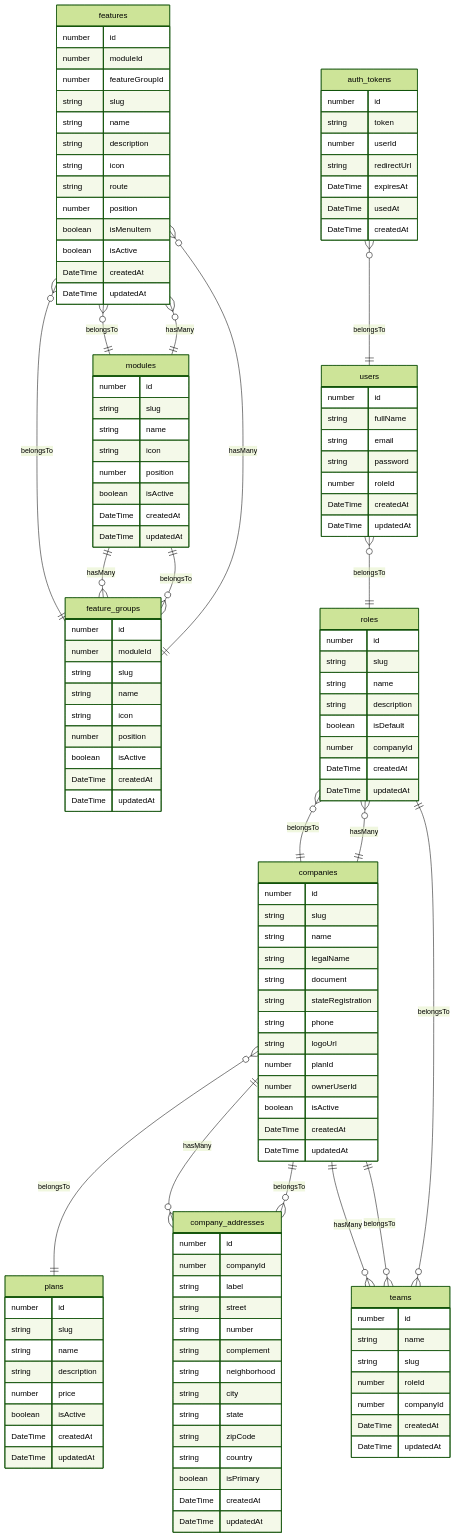
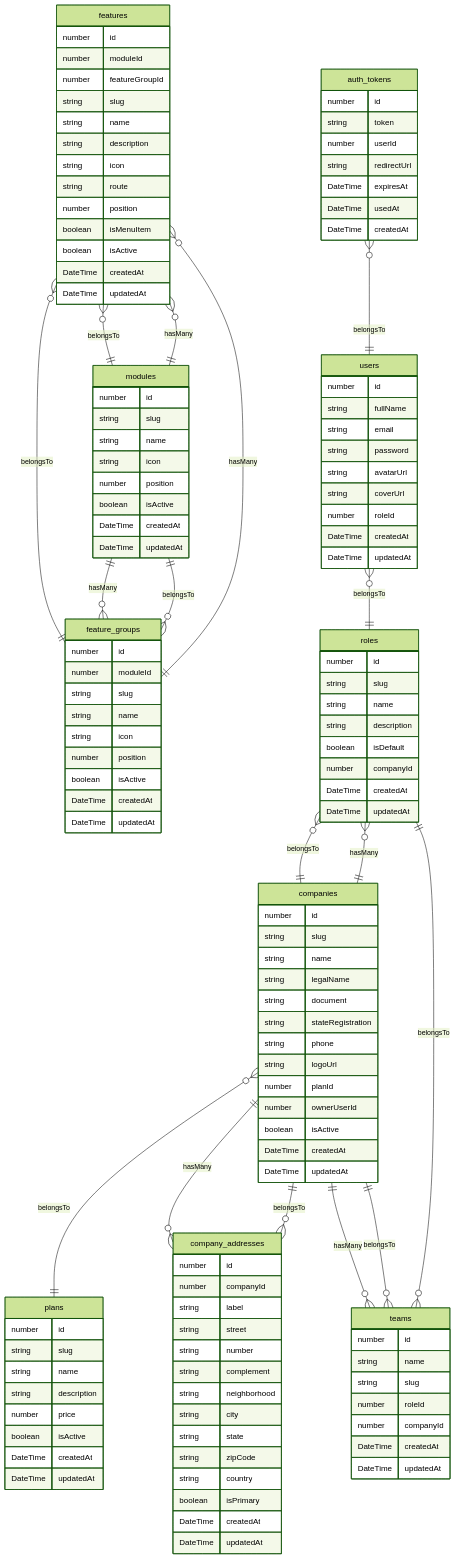
The diagram in docs/graph/models.generated.md (JefteCosta/saas-admin), drawn with Mermaid (forest theme) before and after one commit. The commit also changed other lines of this file and 6 other files, not shown here.

Commit message:
chore: atualizar docs/graph e knowledge-base gerados

```diff
--- a/docs/graph/models.generated.md
+++ b/docs/graph/models.generated.md
@@ -116,6 +116,8 @@
     string fullName
     string email
     string password
+    string avatarUrl
+    string coverUrl
     number roleId
     DateTime createdAt
     DateTime updatedAt
```
